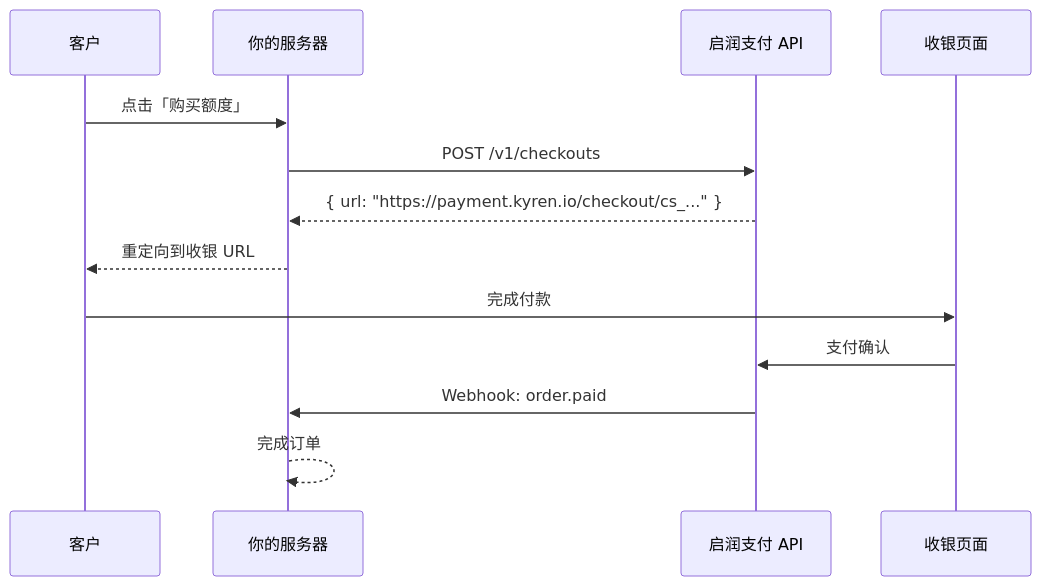
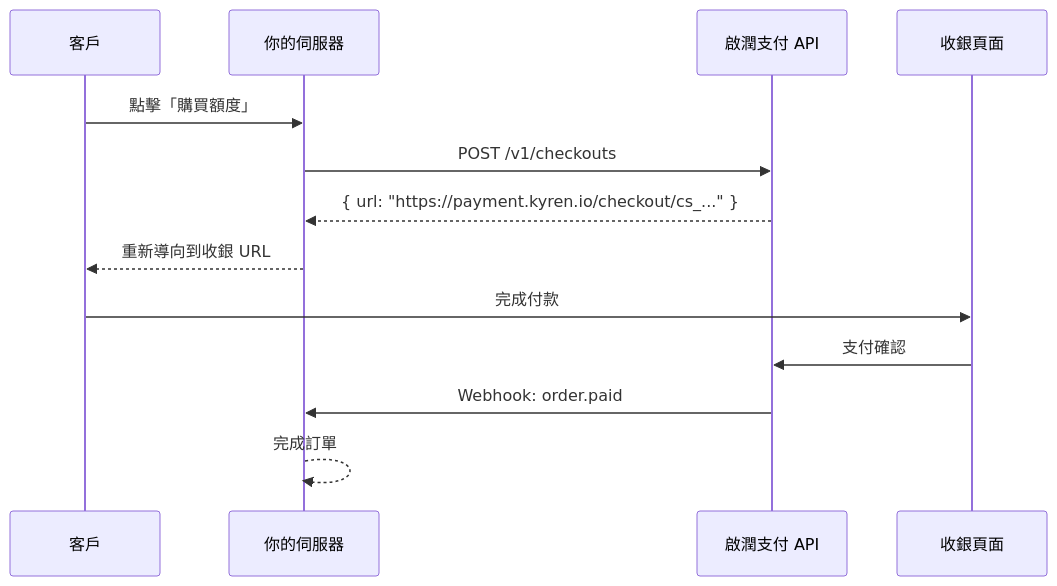
Before and after one commit to kyren-network/mintlify-docs: the diagram in zh/guides/collect-first-payment.mdx, drawn with Mermaid. The commit also changed other lines of this file and 14 other files, not shown here.

````diff
--- a/zh/guides/collect-first-payment.mdx
+++ b/zh/guides/collect-first-payment.mdx
@@ -10,16 +10,16 @@
 ```mermaid
 sequenceDiagram
-    participant Customer as 客户
-    participant YourServer as 你的服务器
-    participant KyrenPay as 启润支付 API
-    participant Checkout as 收银页面
+    participant Customer as 客戶
+    participant YourServer as 你的伺服器
+    participant KyrenPay as 啟潤支付 API
+    participant Checkout as 收銀頁面
 
-    Customer->>YourServer: 点击「购买额度」
+    Customer->>YourServer: 點擊「購買額度」
     YourServer->>KyrenPay: POST /v1/checkouts
     KyrenPay-->>YourServer: { url: "https://payment.kyren.io/checkout/cs_..." }
-    YourServer-->>Customer: 重定向到收银 URL
+    YourServer-->>Customer: 重新導向到收銀 URL
     Customer->>Checkout: 完成付款
-    Checkout->>KyrenPay: 支付确认
+    Checkout->>KyrenPay: 支付確認
     KyrenPay->>YourServer: Webhook: order.paid
-    YourServer-->>YourServer: 完成订单
+    YourServer-->>YourServer: 完成訂單
 ```
````
